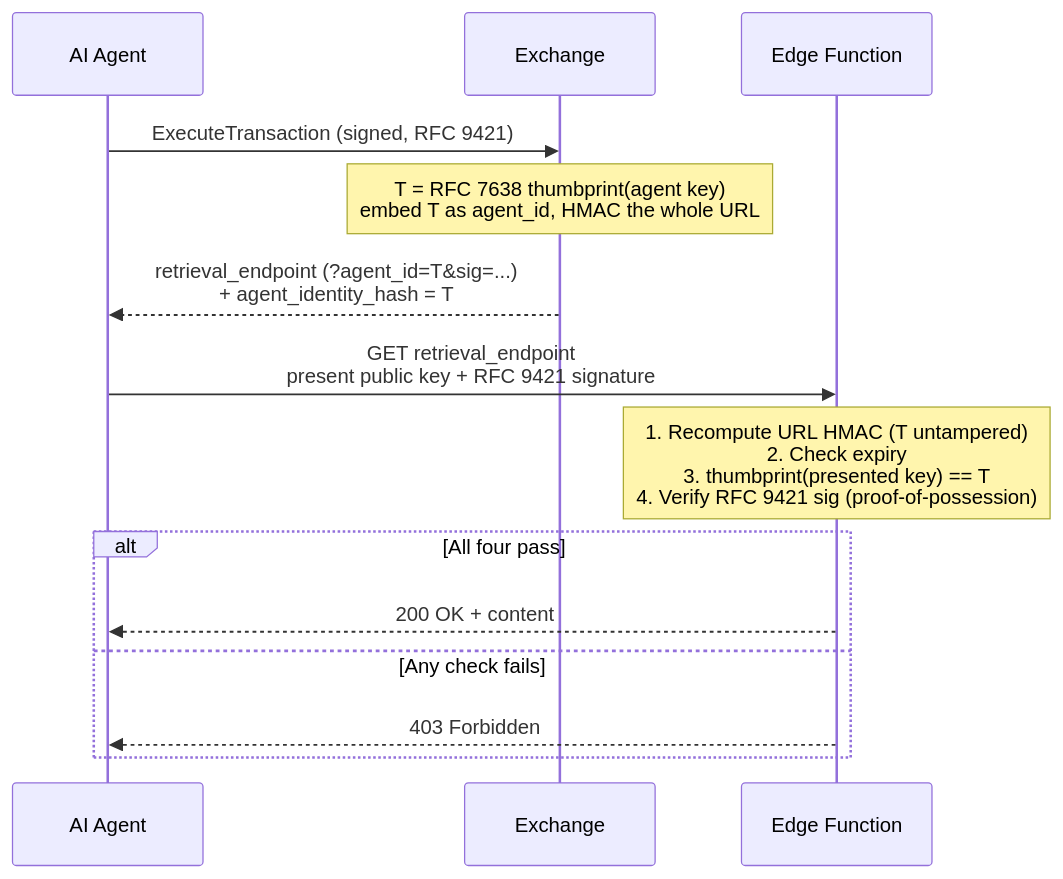
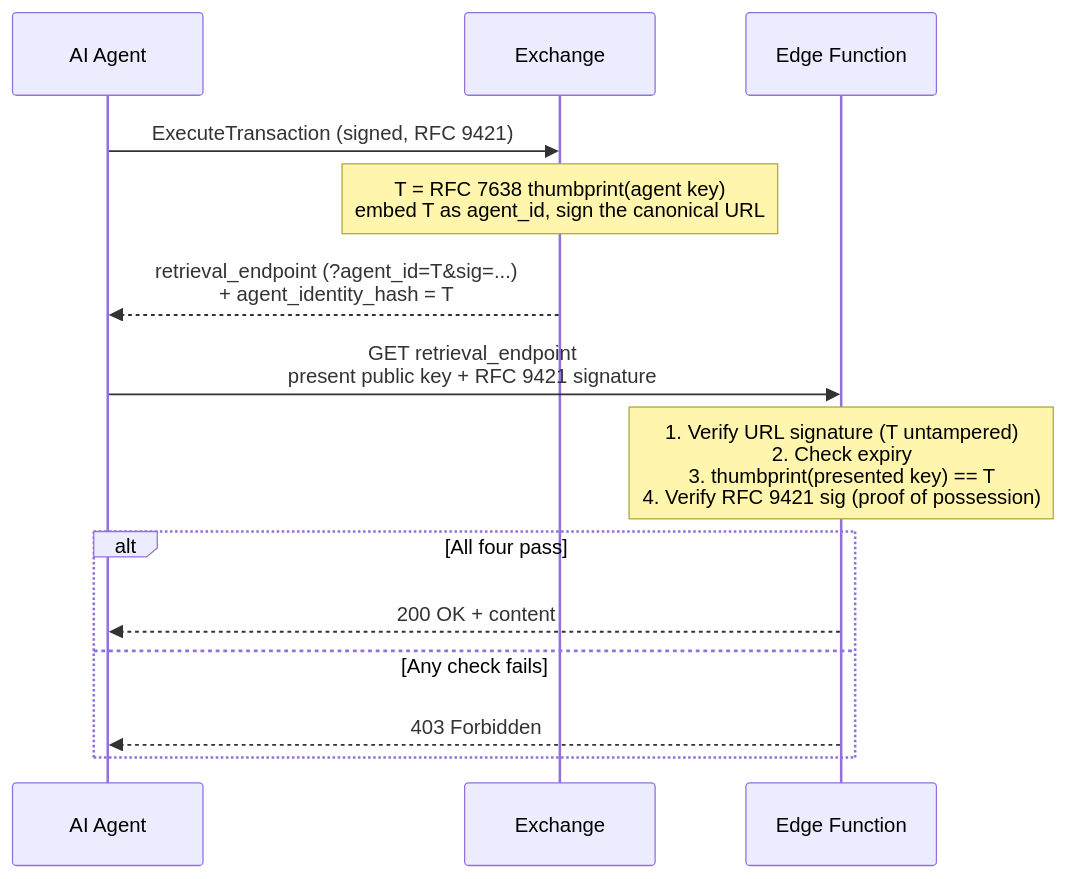
The first of 3 diagrams in website/src/content/docs/components/edge-function/signed-url-verification.mdx (RAMP-Protocol/protocol), drawn with Mermaid before and after one commit. The commit also changed other lines of this file, not shown here.

````diff
--- a/website/src/content/docs/components/edge-function/signed-url-verification.mdx
+++ b/website/src/content/docs/components/edge-function/signed-url-verification.mdx
@@ -151,18 +127,18 @@
 ```mermaid
 sequenceDiagram
     participant Agent as AI Agent
     participant MP as Exchange
     participant Edge as Edge Function
 
     Agent->>MP: ExecuteTransaction (signed, RFC 9421)
-    Note over MP: T = RFC 7638 thumbprint(agent key)<br/>embed T as agent_id, HMAC the whole URL
+    Note over MP: T = RFC 7638 thumbprint(agent key)<br/>embed T as agent_id, sign the canonical URL
     MP-->>Agent: retrieval_endpoint (?agent_id=T&sig=...)<br/>+ agent_identity_hash = T
 
     Agent->>Edge: GET retrieval_endpoint<br/>present public key + RFC 9421 signature
-    Note over Edge: 1. Recompute URL HMAC (T untampered)<br/>2. Check expiry<br/>3. thumbprint(presented key) == T<br/>4. Verify RFC 9421 sig (proof-of-possession)
+    Note over Edge: 1. Verify URL signature (T untampered)<br/>2. Check expiry<br/>3. thumbprint(presented key) == T<br/>4. Verify RFC 9421 sig (proof of possession)
     alt All four pass
         Edge-->>Agent: 200 OK + content
     else Any check fails
         Edge-->>Agent: 403 Forbidden
     end
 ```
````
